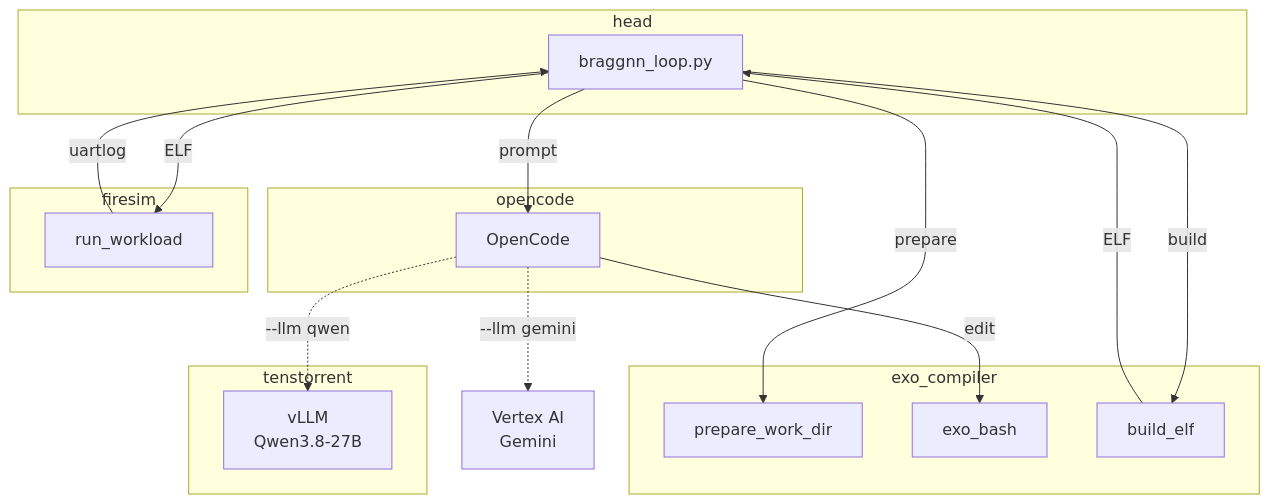
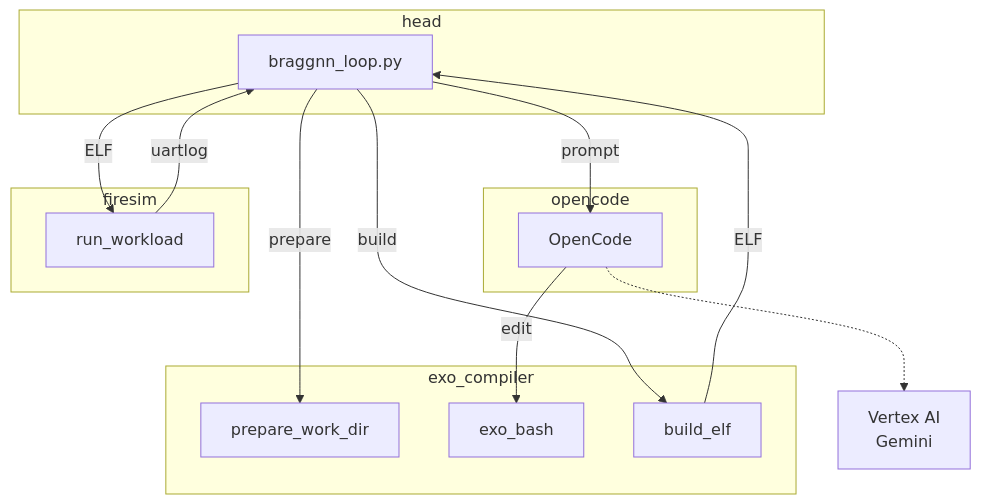
One commit to ANL-TUT/chia-braggnn-workspace changed the diagram in README.md. Above: the diagram before and after it, drawn with Mermaid. The commit also changed other lines of this file and 1 other file, not shown here.

Commit message:
tenstorrentに関する記述を削除

````diff
--- a/README.md
+++ b/README.md
@@ -29,37 +29,32 @@
 ```mermaid
 graph TD
     subgraph head[head]
         D[braggnn_loop.py]
     end
 
     subgraph llm[opencode]
         L[OpenCode]
     end
 
     V[Vertex AI<br/>Gemini]
 
-    subgraph tt[tenstorrent]
-        Q[vLLM<br/>Qwen3.8-27B]
-    end
-
-    L -.->|"--llm gemini"| V
-    L -.->|"--llm qwen"| Q
+    L -.-> V
 
     subgraph exo[exo_compiler]
         S[prepare_work_dir]
         B[exo_bash]
         E[build_elf]
     end
 
     subgraph fire[firesim]
         F[run_workload]
     end
 
     D -->|prepare| S
     D -->|prompt| L
     L -->|edit| B
     D -->|build| E
     E -->|ELF| D
     D -->|ELF| F
     F -->|uartlog| D
 ```
````
